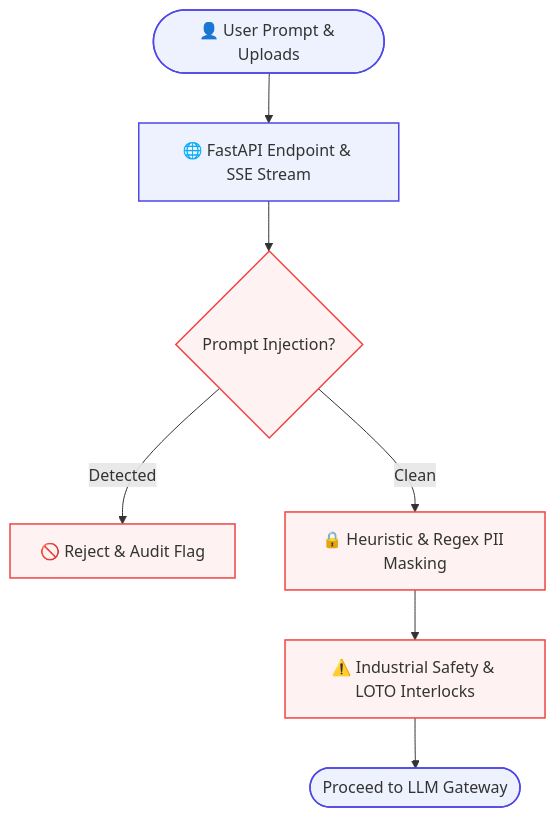
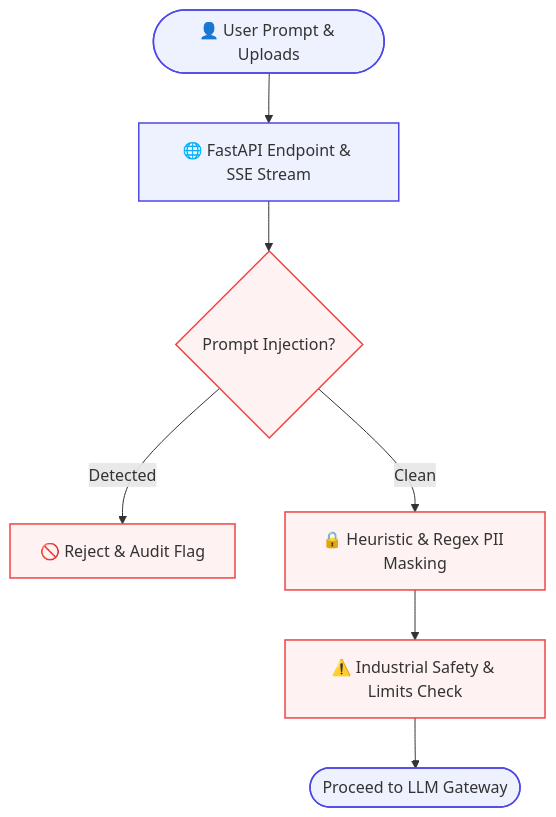
Before and after one commit to Goutam16-Withcode/Atlas: the second of 6 diagrams in readme.md, drawn with Mermaid. The commit also changed other lines of this file and 3 other files, not shown here.

Commit message:
docs: update README with new light theme UI screenshots, modern architecture diagrams, and current project capabilities

````diff
--- a/readme.md
+++ b/readme.md
@@ -32,12 +47,12 @@
 ```mermaid
 flowchart TD
     classDef guardStyle fill:#FEF2F2,stroke:#EF4444,stroke-width:1.5px;
     classDef clientStyle fill:#EEF2FF,stroke:#4F46E5,stroke-width:1.5px;
 
     User(["👤 User Prompt & Uploads"]):::clientStyle --> Ingress["🌐 FastAPI Endpoint & SSE Stream"]:::clientStyle
     Ingress --> InjectionCheck{"Prompt Injection?"}:::guardStyle
     InjectionCheck -- Detected --> BlockPayload["🚫 Reject & Audit Flag"]:::guardStyle
     InjectionCheck -- Clean --> PIIMask["🔒 Heuristic & Regex PII Masking"]:::guardStyle
-    PIIMask --> SafetyRules["⚠️ Industrial Safety & LOTO Interlocks"]:::guardStyle
+    PIIMask --> SafetyRules["⚠️ Industrial Safety & Limits Check"]:::guardStyle
     SafetyRules --> GatewayEgress(["Proceed to LLM Gateway"]):::clientStyle
 ```
````
